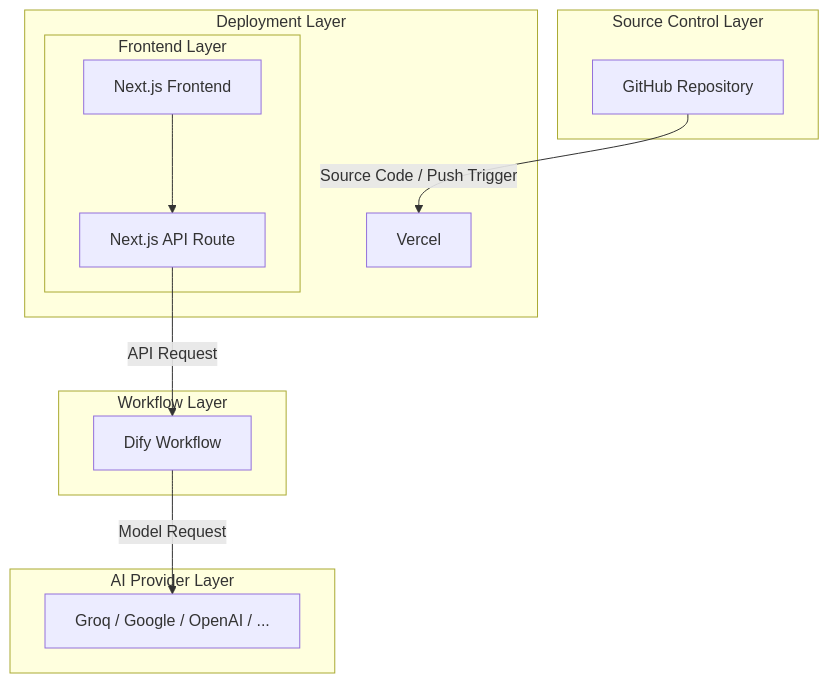
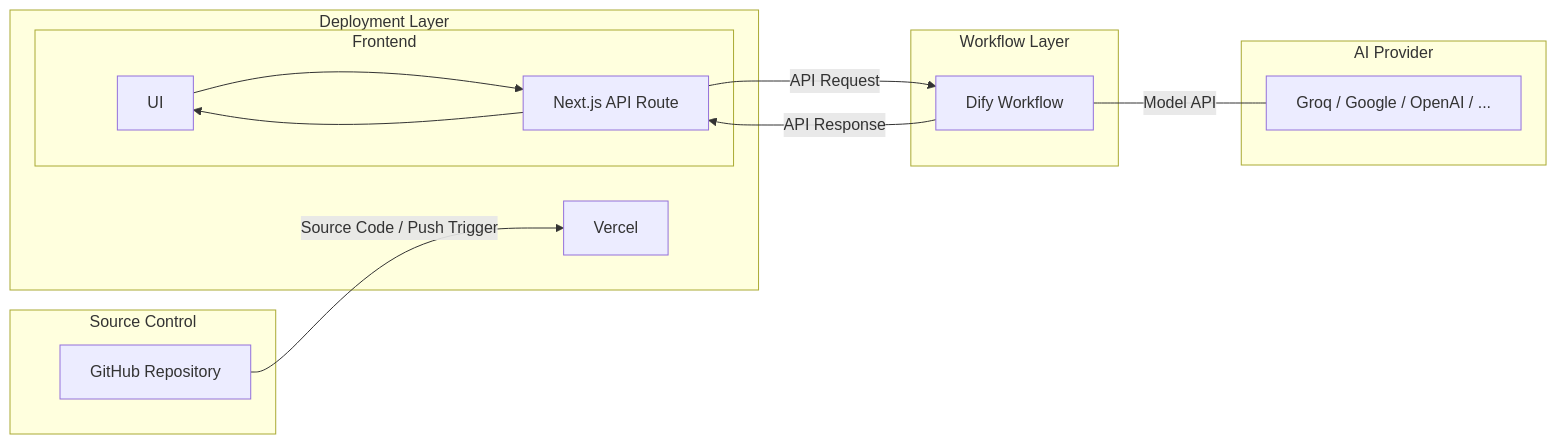
Before and after one commit to np-nolan-project/dify-etymology-webapp-text-generator: the first of 2 diagrams in README.md, drawn with Mermaid. The commit also changed other lines of this file and 7 other files, not shown here.

````diff
--- a/README.md
+++ b/README.md
@@ -29,27 +29,29 @@
 ```mermaid
-flowchart TB
-    subgraph SourceControl["Source Control Layer"]
+flowchart LR
+    subgraph SourceControl["Source Control"]
         GITHUB["GitHub Repository"]
     end
 
     subgraph Deployment["Deployment Layer"]
+        subgraph Frontend["Frontend"]
+            UI["UI"]
+            API["Next.js API Route"]
+            UI --> API
+            API --> UI
+        end
         VERCEL["Vercel"]
-        subgraph Frontend["Frontend Layer"]
-            FE["Next.js Frontend"]
-            API["Next.js API Route"]
-            FE --> API
-        end
     end
 
     subgraph Dify["Workflow Layer"]
         WORKFLOW["Dify Workflow"]
     end
 
-    subgraph Provider["AI Provider Layer"]
+    subgraph Provider["AI Provider"]
         MODEL["Groq / Google / OpenAI / ..."]
     end
-
+    
     GITHUB -->|Source Code / Push Trigger| VERCEL
     API -->|API Request| WORKFLOW
-    WORKFLOW -->|Model Request| MODEL
+    WORKFLOW -->|API Response| API
+    WORKFLOW ---|Model API| MODEL
 ```
````
